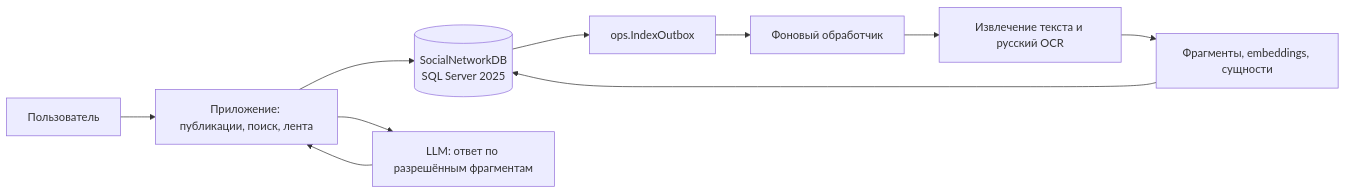
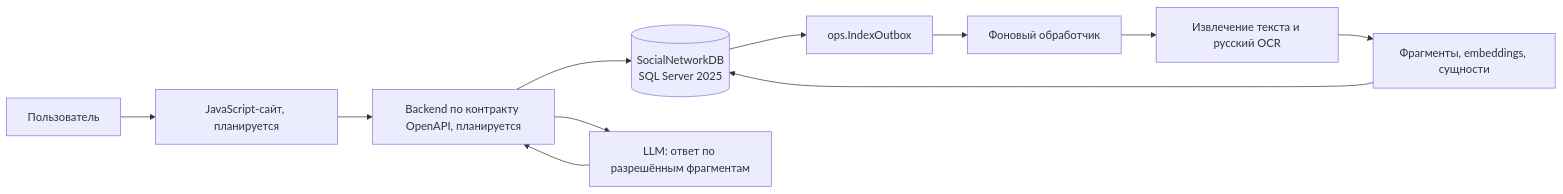
One commit to lkeey/BIVT-labs changed the first of 2 diagrams in 03SQL-CourseWork/docs/architecture.md. Above: the diagram before and after it, drawn with Mermaid. The commit also changed other lines of this file and 23 other files, not shown here.

Commit message:
Add coursework SQL operations and OpenAPI contract

````diff
--- a/03SQL-CourseWork/docs/architecture.md
+++ b/03SQL-CourseWork/docs/architecture.md
@@ -10,12 +10,13 @@
 ```mermaid
 flowchart LR
-    USER[Пользователь] --> APP[Приложение: публикации, поиск, лента]
-    APP --> DB[(SocialNetworkDB<br/>SQL Server 2025)]
-    APP --> LLM[LLM: ответ по разрешённым фрагментам]
+    USER[Пользователь] --> WEB[JavaScript-сайт, планируется]
+    WEB --> API[Backend по контракту OpenAPI, планируется]
+    API --> DB[(SocialNetworkDB<br/>SQL Server 2025)]
+    API --> LLM[LLM: ответ по разрешённым фрагментам]
     DB --> OUTBOX[ops.IndexOutbox]
     OUTBOX --> WORKER[Фоновый обработчик]
     WORKER --> OCR[Извлечение текста и русский OCR]
     OCR --> EMBED[Фрагменты, embeddings, сущности]
     EMBED --> DB
-    LLM --> APP
+    LLM --> API
 ```
````
